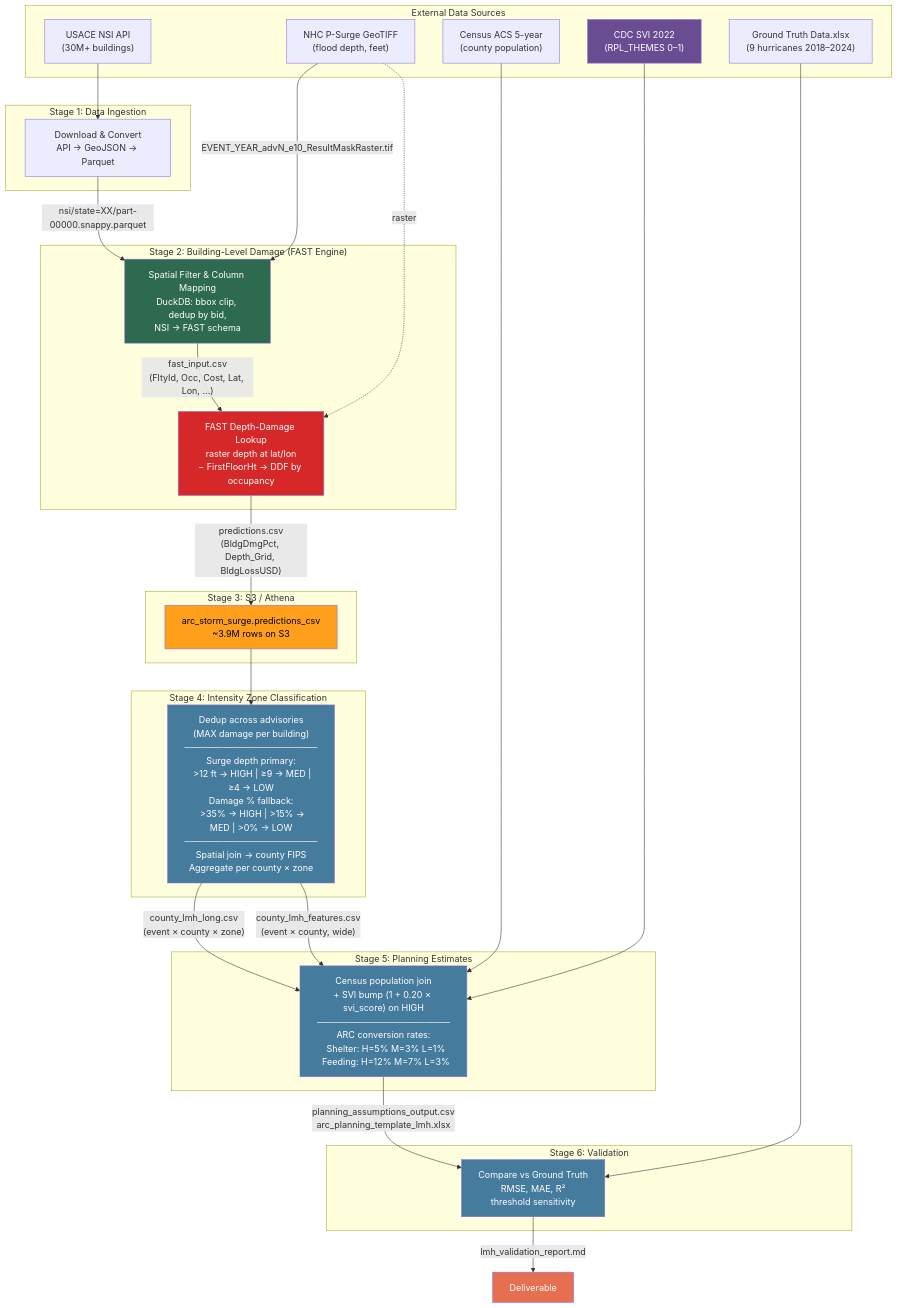
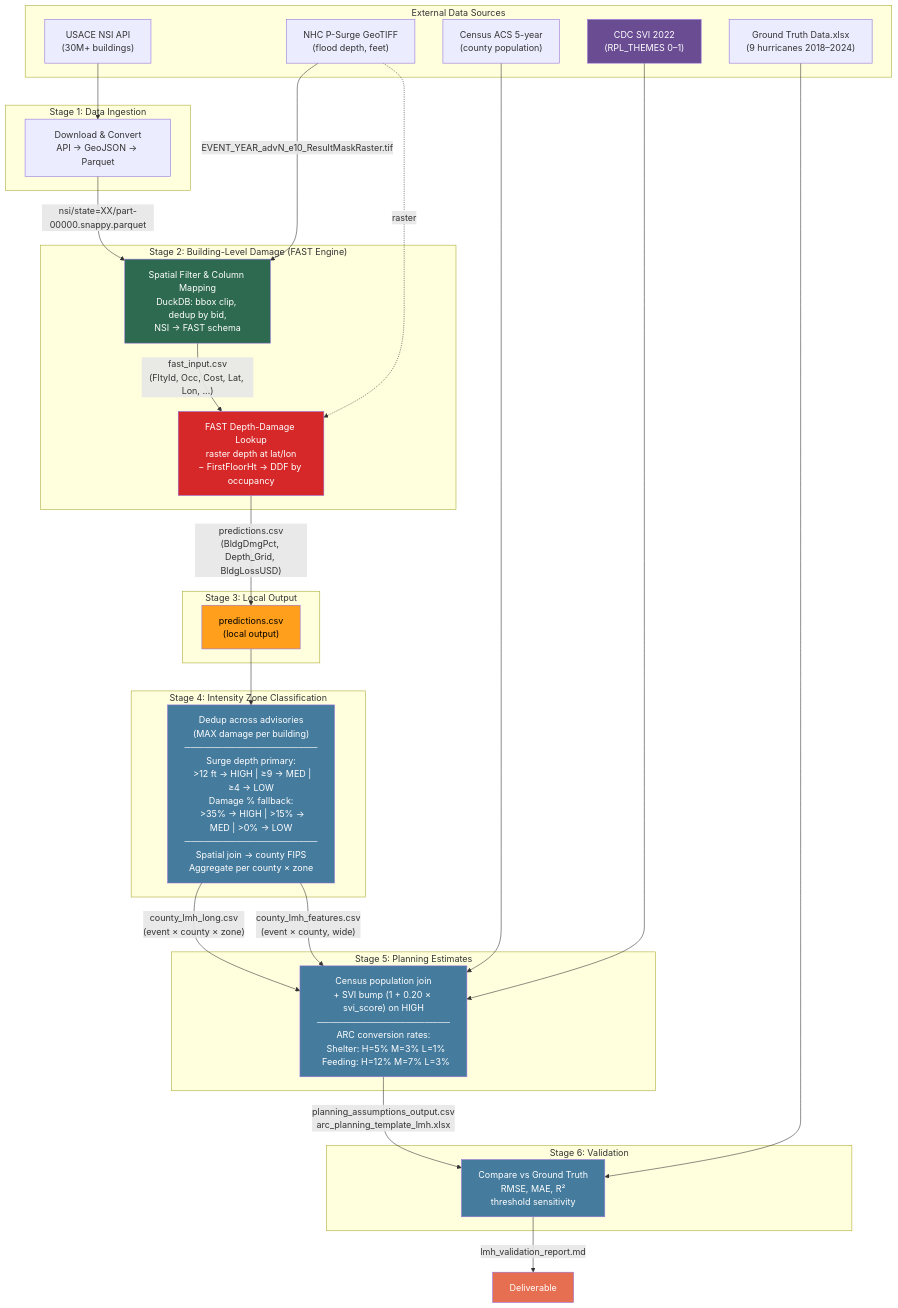
Before and after one commit to alexj11324/SSIT-Storm-Surge-Impact-Tool: the diagram in docs/e2e_pipeline.md, drawn with Mermaid. The commit also changed 11 other files, not shown here.

````diff
--- a/docs/e2e_pipeline.md
+++ b/docs/e2e_pipeline.md
@@ -3,62 +3,62 @@
 ```mermaid
 graph TD
     subgraph "External Data Sources"
         NSI_API["USACE NSI API<br/>(30M+ buildings)"]
         NHC["NHC P-Surge GeoTIFF<br/>(flood depth, feet)"]
         CENSUS["Census ACS 5-year<br/>(county population)"]
         SVI["CDC SVI 2022<br/>(RPL_THEMES 0–1)"]
         GT["Ground Truth Data.xlsx<br/>(9 hurricanes 2018–2024)"]
     end
 
     subgraph "Stage 1: Data Ingestion"
         INGEST["Download & Convert<br/>API → GeoJSON → Parquet"]
     end
 
     subgraph "Stage 2: Building-Level Damage (FAST Engine)"
         PREP["Spatial Filter & Column Mapping<br/>DuckDB: bbox clip, dedup by bid,<br/>NSI → FAST schema"]
         FAST["FAST Depth-Damage Lookup<br/>raster depth at lat/lon<br/>− FirstFloorHt → DDF by occupancy"]
     end
 
-    subgraph "Stage 3: S3 / Athena"
-        S3_ATHENA["arc_storm_surge.predictions_csv<br/>~3.9M rows on S3"]
+    subgraph "Stage 3: Local Output"
+        LOCAL_OUT["predictions.csv<br/>(local output)"]
     end
 
     subgraph "Stage 4: Intensity Zone Classification"
         CLASSIFY["Dedup across advisories<br/>(MAX damage per building)<br/>─────────────────────<br/>Surge depth primary:<br/>  >12 ft → HIGH | ≥9 → MED | ≥4 → LOW<br/>Damage % fallback:<br/>  >35% → HIGH | >15% → MED | >0% → LOW<br/>─────────────────────<br/>Spatial join → county FIPS<br/>Aggregate per county × zone"]
     end
 
     subgraph "Stage 5: Planning Estimates"
         PLAN["Census population join<br/>+ SVI bump (1 + 0.20 × svi_score) on HIGH<br/>─────────────────────<br/>ARC conversion rates:<br/>  Shelter: H=5% M=3% L=1%<br/>  Feeding: H=12% M=7% L=3%"]
     end
 
     subgraph "Stage 6: Validation"
         VALIDATE["Compare vs Ground Truth<br/>RMSE, MAE, R²<br/>threshold sensitivity"]
     end
 
     %% Data flow with output artifacts on edges
     NSI_API --> INGEST
     INGEST -->|"nsi/state=XX/part-00000.snappy.parquet"| PREP
     NHC -->|"EVENT_YEAR_advN_e10_ResultMaskRaster.tif"| PREP
     NHC -.->|raster| FAST
     PREP -->|"fast_input.csv<br/>(FltyId, Occ, Cost, Lat, Lon, ...)"| FAST
-    FAST -->|"predictions.csv<br/>(BldgDmgPct, Depth_Grid, BldgLossUSD)"| S3_ATHENA
+    FAST -->|"predictions.csv<br/>(BldgDmgPct, Depth_Grid, BldgLossUSD)"| LOCAL_OUT
 
-    S3_ATHENA --> CLASSIFY
+    LOCAL_OUT --> CLASSIFY
     CLASSIFY -->|"county_lmh_long.csv<br/>(event × county × zone)"| PLAN
     CLASSIFY -->|"county_lmh_features.csv<br/>(event × county, wide)"| PLAN
     CENSUS --> PLAN
     SVI --> PLAN
     PLAN -->|"planning_assumptions_output.csv<br/>arc_planning_template_lmh.xlsx"| VALIDATE
     GT --> VALIDATE
     VALIDATE -->|"lmh_validation_report.md"| DONE["Deliverable"]
 
     %% Styling
     style PREP fill:#2d6a4f,color:#fff
     style FAST fill:#d62828,color:#fff
-    style S3_ATHENA fill:#ff9f1c,color:#000
+    style LOCAL_OUT fill:#ff9f1c,color:#000
     style CLASSIFY fill:#457b9d,color:#fff
     style PLAN fill:#457b9d,color:#fff
     style VALIDATE fill:#457b9d,color:#fff
     style SVI fill:#6a4c93,color:#fff
     style DONE fill:#e76f51,color:#fff
 ```
````
